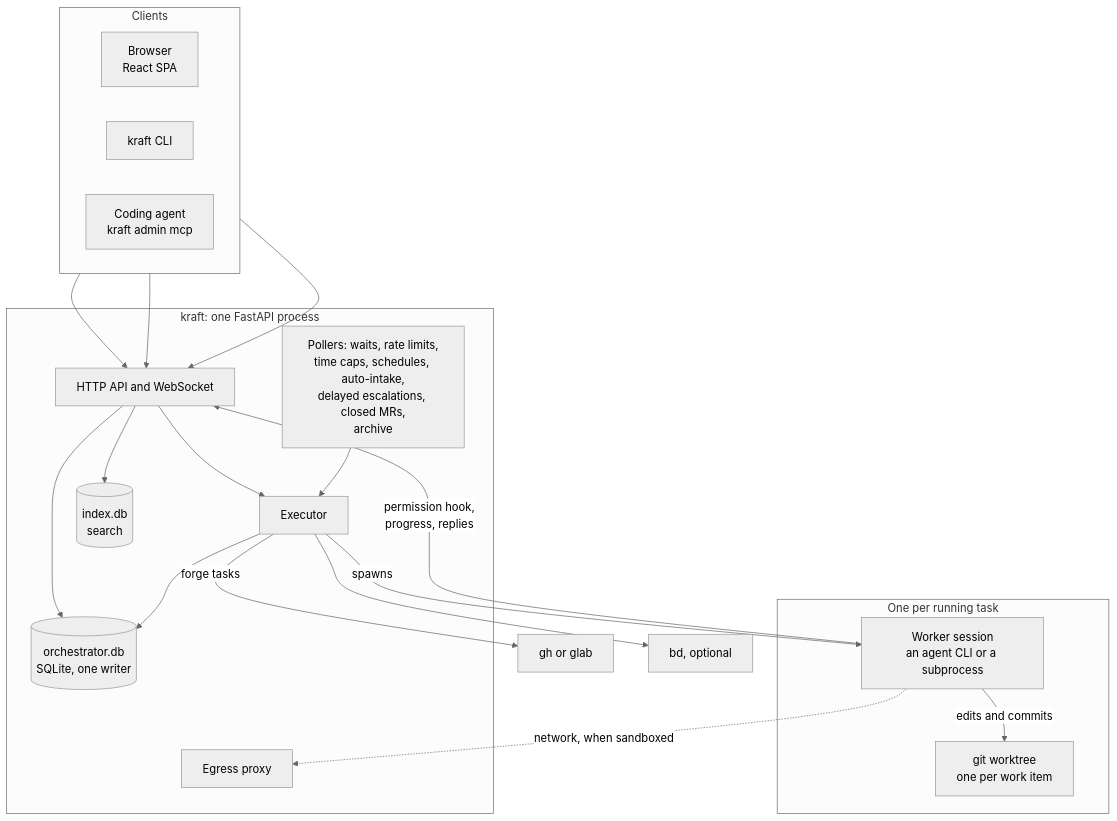
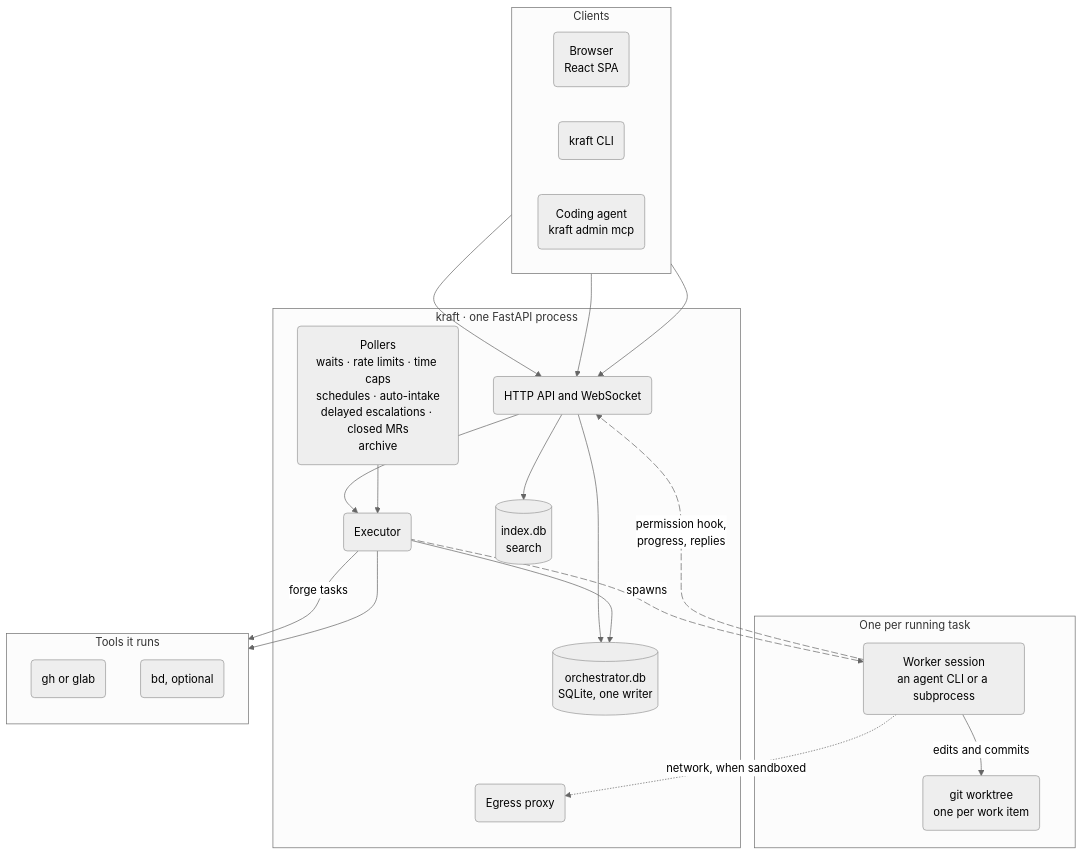
One commit to itsOmidKarami/kraft changed the diagram in docsite/diagrams/components.mmd. Above: the diagram before and after it, drawn with Mermaid (neutral theme). The commit also changed 18 other files, not shown here.

First line of the commit message:
Docs: the diagrams in the site's palette, light and dark

```diff
--- a/docsite/diagrams/components.mmd
+++ b/docsite/diagrams/components.mmd
@@ -1,39 +1,51 @@
 flowchart TB
   subgraph clients["Clients"]
     direction LR
-    browser["Browser<br/>React SPA"]
-    cli["kraft CLI"]
-    mcpc["Coding agent<br/>kraft admin mcp"]
+    browser("Browser<br/>React SPA")
+    cli("kraft CLI")
+    mcpc("Coding agent<br/>kraft admin mcp")
   end
 
-  subgraph daemon["kraft: one FastAPI process"]
-    api["HTTP API and WebSocket"]
-    exec["Executor"]
-    pollers["Pollers: waits, rate limits,<br/>time caps, schedules, auto-intake,<br/>delayed escalations, closed MRs,<br/>archive"]
+  subgraph daemon["kraft · one FastAPI process"]
+    api("HTTP API and WebSocket")
+    pollers("Pollers<br/>waits · rate limits · time caps<br/>schedules · auto-intake<br/>delayed escalations · closed MRs<br/>archive")
+    exec("Executor")
     store[("orchestrator.db<br/>SQLite, one writer")]
     index[("index.db<br/>search")]
-    egress["Egress proxy"]
+    egress("Egress proxy")
   end
 
   subgraph item["One per running task"]
-    agent["Worker session<br/>an agent CLI or a subprocess"]
-    wt["git worktree<br/>one per work item"]
+    agent("Worker session<br/>an agent CLI or a subprocess")
+    wt("git worktree<br/>one per work item")
   end
 
-  forge["gh or glab"]
-  bd["bd, optional"]
+  subgraph tools["Tools it runs"]
+    direction TB
+    forge("gh or glab")
+    bd("bd, optional")
+  end
 
   browser --> api
   cli --> api
   mcpc --> api
   api --> store
   api --> index
   api --> exec
   pollers --> exec
   exec --> store
-  exec -- "spawns" --> agent
+  exec e1@-- "spawns" --> agent
   exec -- "forge tasks" --> forge
   exec --> bd
   agent -- "edits and commits" --> wt
-  agent -- "permission hook,<br/>progress, replies" --> api
+  agent e2@-- "permission hook,<br/>progress, replies" --> api
   agent -. "network, when sandboxed" .-> egress
+  e1@{ animate: true }
+  e2@{ animate: true }
+
+  class browser,cli,mcpc client
+  class api,exec,pollers core
+  class store,index store
+  class agent hero
+  class wt worker
+  class forge,bd,egress ext
```
